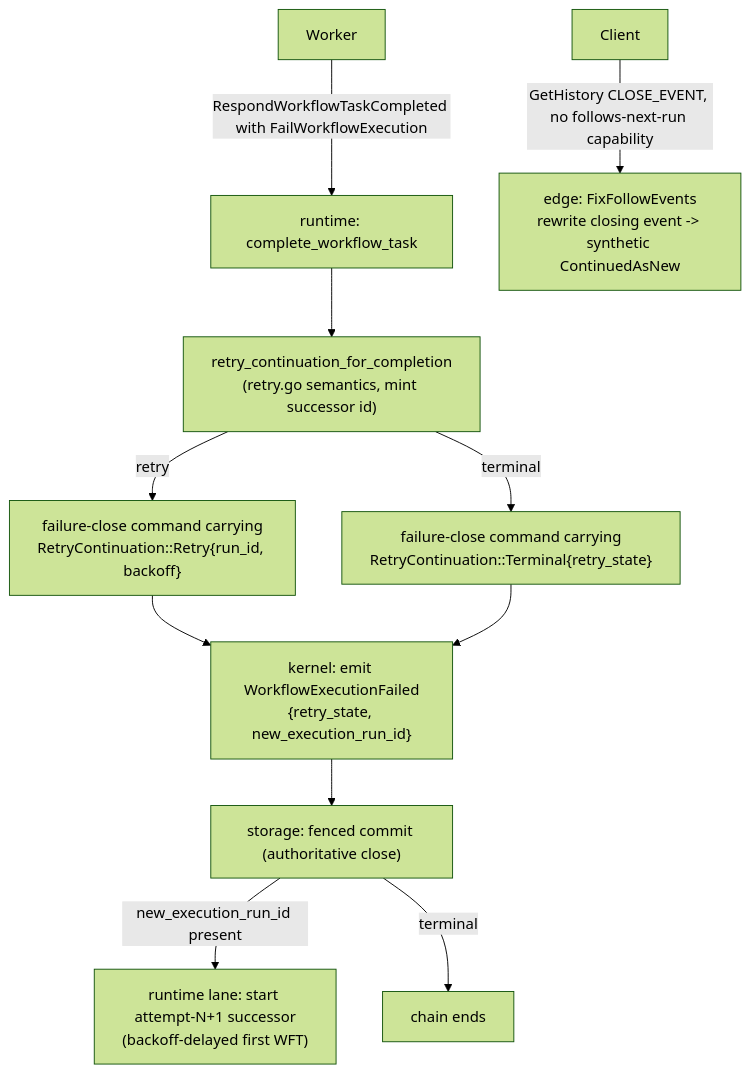
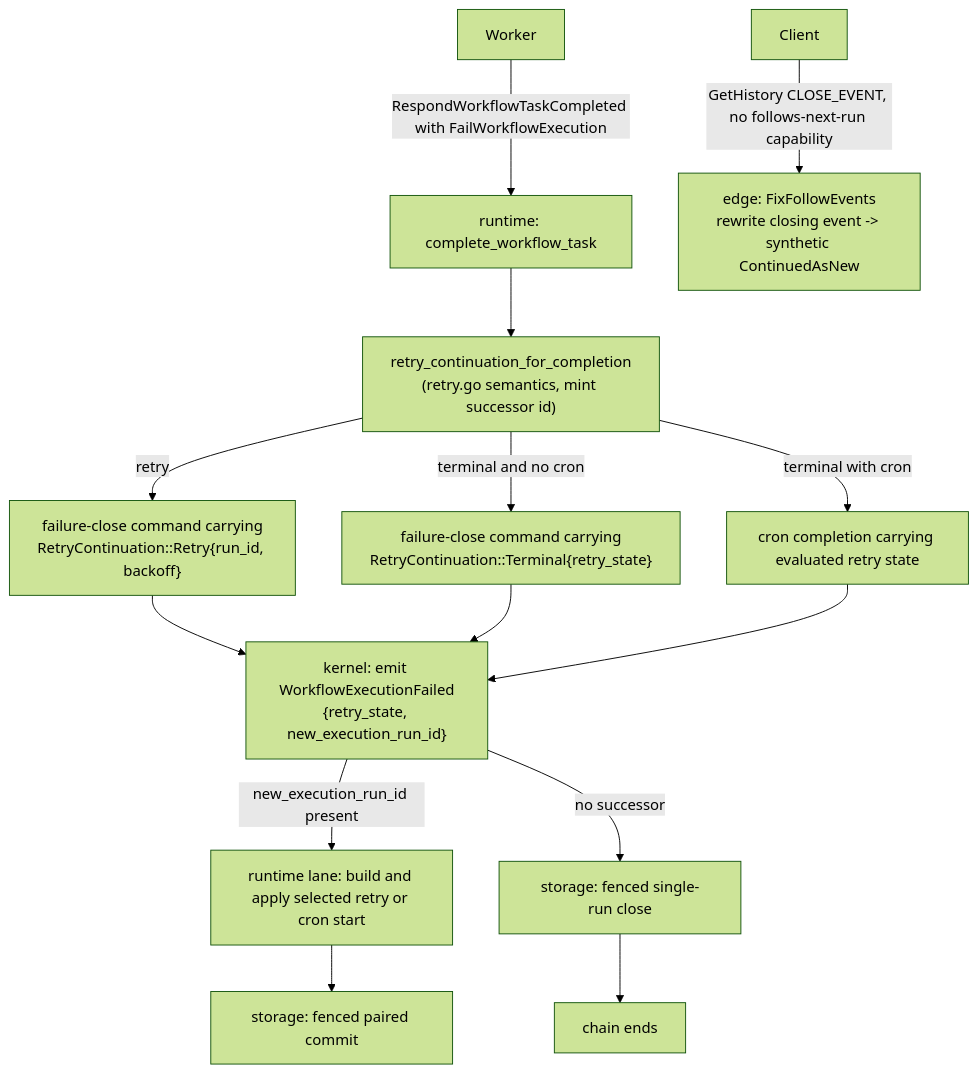
One commit to tokeira/tokeira changed the diagram in .kiro/specs/workflow-retry-chain/design.md. Above: the diagram before and after it, drawn with Mermaid (forest theme). The commit also changed other lines of this file and 14 other files, not shown here.

First line of the commit message:
spec(runtime): define successor metadata and cron semantics

````diff
--- a/.kiro/specs/workflow-retry-chain/design.md
+++ b/.kiro/specs/workflow-retry-chain/design.md
@@ -71,13 +76,16 @@
 ```mermaid
 flowchart TD
     Worker -->|RespondWorkflowTaskCompleted with FailWorkflowExecution| RtCWT["runtime: complete_workflow_task"]
     RtCWT --> Eval["retry_continuation_for_completion<br/>(retry.go semantics, mint successor id)"]
     Eval -->|retry| CmdR["failure-close command carrying<br/>RetryContinuation::Retry{run_id, backoff}"]
-    Eval -->|terminal| CmdT["failure-close command carrying<br/>RetryContinuation::Terminal{retry_state}"]
+    Eval -->|terminal and no cron| CmdT["failure-close command carrying<br/>RetryContinuation::Terminal{retry_state}"]
+    Eval -->|terminal with cron| CmdC["cron completion carrying evaluated retry state"]
     CmdR --> Kern["kernel: emit WorkflowExecutionFailed<br/>{retry_state, new_execution_run_id}"]
     CmdT --> Kern
-    Kern --> Commit["storage: fenced commit (authoritative close)"]
-    Commit -->|new_execution_run_id present| Succ["runtime lane: start attempt-N+1 successor<br/>(backoff-delayed first WFT)"]
-    Commit -->|terminal| Done["chain ends"]
+    CmdC --> Kern
+    Kern -->|new_execution_run_id present| Succ["runtime lane: build and apply selected retry or cron start"]
+    Succ --> Pair["storage: fenced paired commit"]
+    Kern -->|no successor| Commit["storage: fenced single-run close"]
+    Commit --> Done["chain ends"]
     Client -->|GetHistory CLOSE_EVENT, no follows-next-run capability| Fix["edge: FixFollowEvents<br/>rewrite closing event -> synthetic ContinuedAsNew"]
 ```
````
